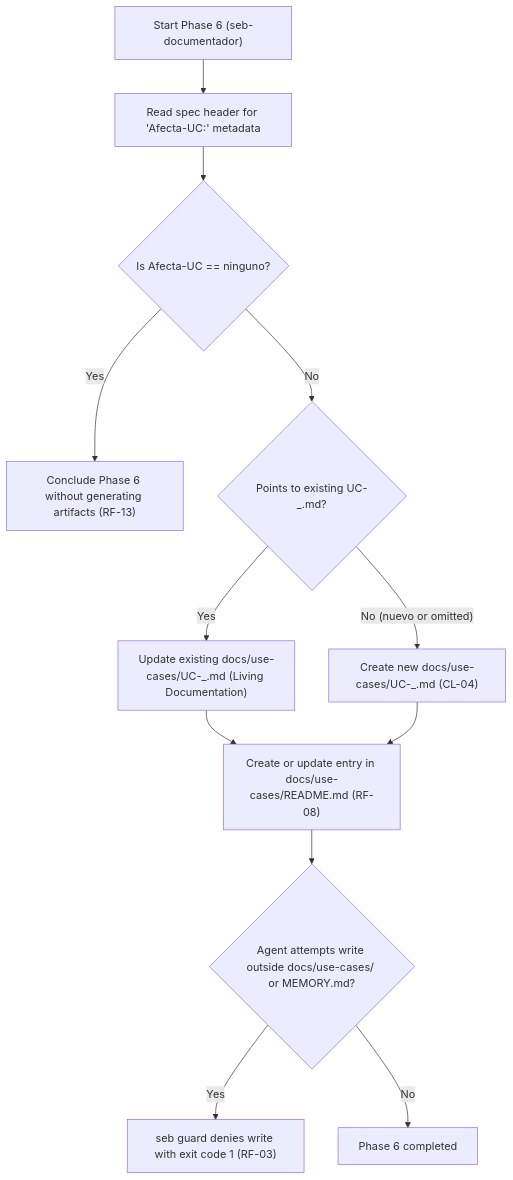
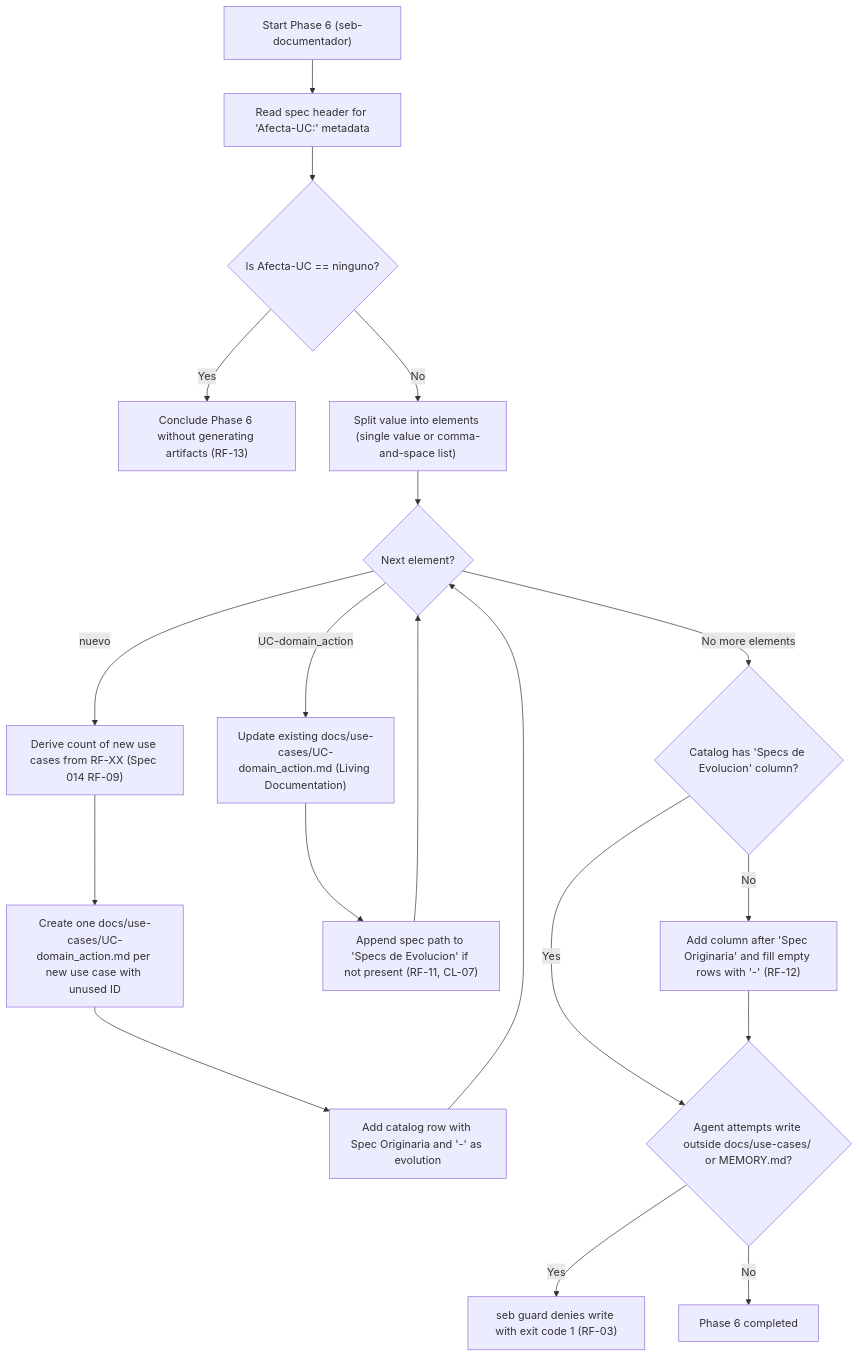
One commit to Calevin/seb-harness changed the second of 2 diagrams in docs/use-cases/UC-documentation_functional_generation.md. Above: the diagram before and after it, drawn with Mermaid. The commit also changed other lines of this file and 11 other files, not shown here.

````diff
--- a/docs/use-cases/UC-documentation_functional_generation.md
+++ b/docs/use-cases/UC-documentation_functional_generation.md
@@ -38,16 +44,23 @@
 ```mermaid
 flowchart TD
     Start["Start Phase 6 (seb-documentador)"] --> ReadMeta["Read spec header for 'Afecta-UC:' metadata"]
     ReadMeta --> IsNone{"Is Afecta-UC == ninguno?"}
     IsNone -- "Yes" --> SkipGen["Conclude Phase 6 without generating artifacts (RF-13)"]
-    IsNone -- "No" --> CheckExisting{"Points to existing UC-<domain>_<action>.md?"}
-    CheckExisting -- "Yes" --> UpdateUC["Update existing docs/use-cases/UC-<domain>_<action>.md (Living Documentation)"]
-    CheckExisting -- "No (nuevo or omitted)" --> CreateUC["Create new docs/use-cases/UC-<domain>_<action>.md (CL-04)"]
+    IsNone -- "No" --> Split["Split value into elements (single value or comma-and-space list)"]
+    Split --> NextElem{"Next element?"}
+    NextElem -- "UC-domain_action" --> UpdateUC["Update existing docs/use-cases/UC-domain_action.md (Living Documentation)"]
+    NextElem -- "nuevo" --> Derive["Derive count of new use cases from RF-XX (Spec 014 RF-09)"]
+    Derive --> CreateUC["Create one docs/use-cases/UC-domain_action.md per new use case with unused ID"]
+    NextElem -- "No more elements" --> HasColumn{"Catalog has 'Specs de Evolucion' column?"}
 
-    UpdateUC --> SyncCatalog["Create or update entry in docs/use-cases/README.md (RF-08)"]
-    CreateUC --> SyncCatalog
+    UpdateUC --> AddEvolution["Append spec path to 'Specs de Evolucion' if not present (RF-11, CL-07)"]
+    AddEvolution --> NextElem
+    CreateUC --> AddRow["Add catalog row with Spec Originaria and '-' as evolution"]
+    AddRow --> NextElem
 
-    SyncCatalog --> GuardCheck{"Agent attempts write outside docs/use-cases/ or MEMORY.md?"}
+    HasColumn -- "No" --> Migrate["Add column after 'Spec Originaria' and fill empty rows with '-' (RF-12)"]
+    HasColumn -- "Yes" --> GuardCheck
+    Migrate --> GuardCheck{"Agent attempts write outside docs/use-cases/ or MEMORY.md?"}
     GuardCheck -- "Yes" --> BlockWrite["seb guard denies write with exit code 1 (RF-03)"]
     GuardCheck -- "No" --> Complete["Phase 6 completed"]
 ```
````
